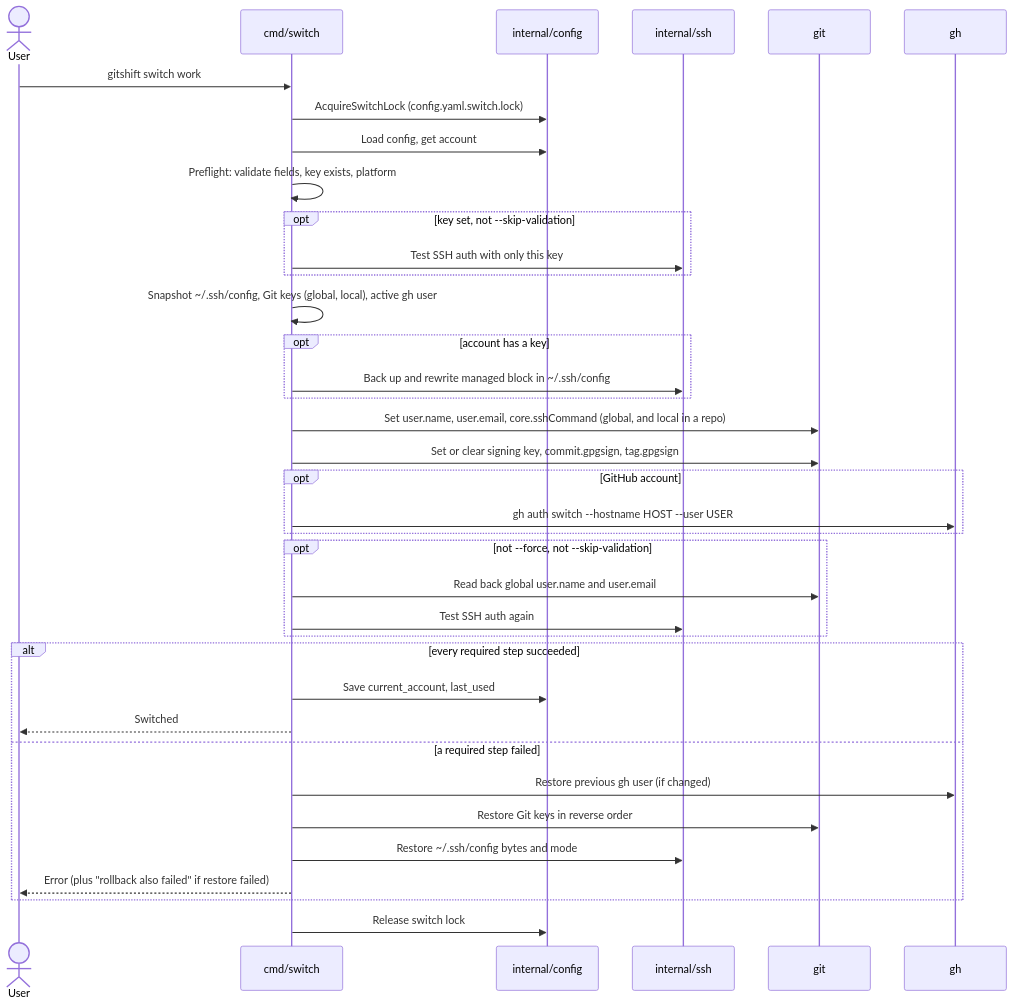
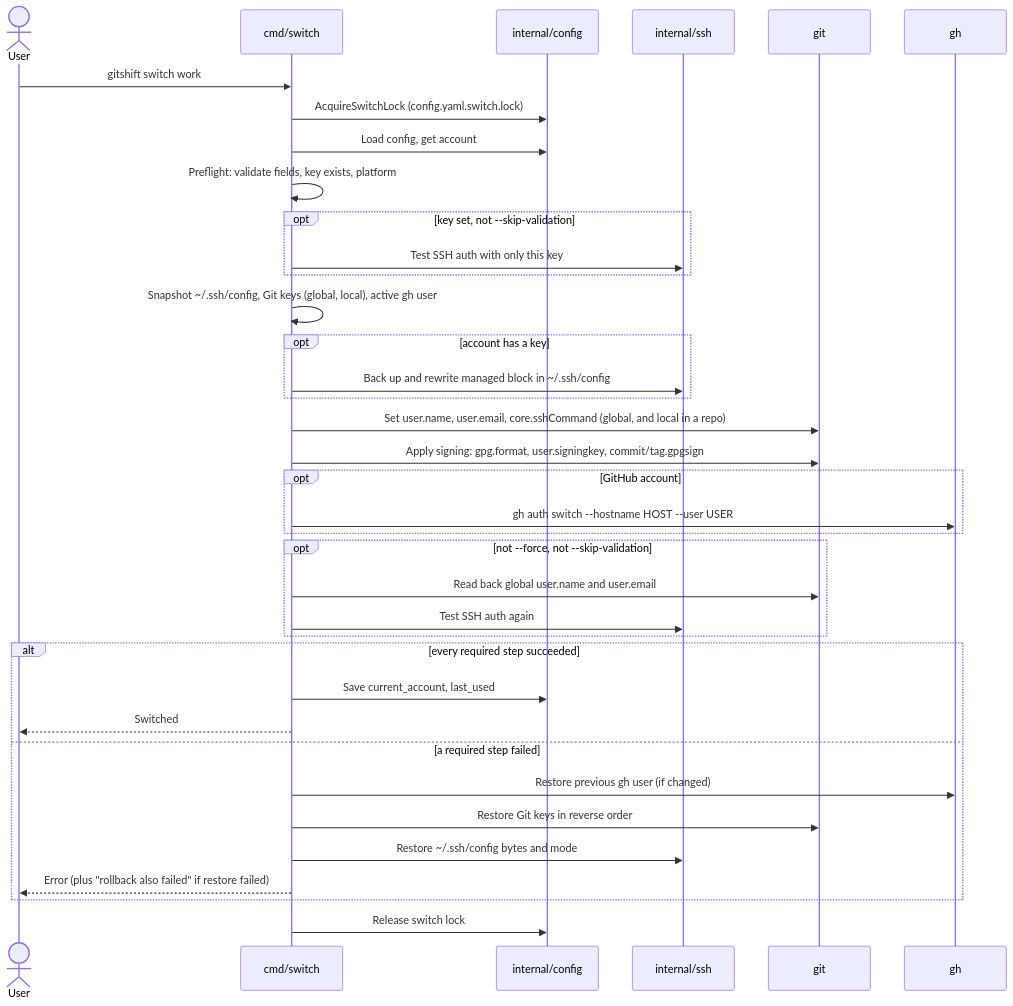
Before and after one commit to techishthoughts-org/gitshift: the second of 2 diagrams in docs/explanation/architecture.md, drawn with Mermaid. The commit also changed 9 other files, not shown here.

Commit message:
📝 docs: document SSH and GPG commit signing per account

````diff
--- a/docs/explanation/architecture.md
+++ b/docs/explanation/architecture.md
@@ -54,39 +54,39 @@
 ```mermaid
 sequenceDiagram
     actor U as User
     participant C as cmd/switch
     participant CFG as internal/config
     participant SSH as internal/ssh
     participant G as git
     participant GH as gh
     U->>C: gitshift switch work
     C->>CFG: AcquireSwitchLock (config.yaml.switch.lock)
     C->>CFG: Load config, get account
     C->>C: Preflight: validate fields, key exists, platform
     opt key set, not --skip-validation
         C->>SSH: Test SSH auth with only this key
     end
     C->>C: Snapshot ~/.ssh/config, Git keys (global, local), active gh user
     opt account has a key
         C->>SSH: Back up and rewrite managed block in ~/.ssh/config
     end
     C->>G: Set user.name, user.email, core.sshCommand (global, and local in a repo)
-    C->>G: Set or clear signing key, commit.gpgsign, tag.gpgsign
+    C->>G: Apply signing: gpg.format, user.signingkey, commit/tag.gpgsign
     opt GitHub account
         C->>GH: gh auth switch --hostname HOST --user USER
     end
     opt not --force, not --skip-validation
         C->>G: Read back global user.name and user.email
         C->>SSH: Test SSH auth again
     end
     alt every required step succeeded
         C->>CFG: Save current_account, last_used
         C-->>U: Switched
     else a required step failed
         C->>GH: Restore previous gh user (if changed)
         C->>G: Restore Git keys in reverse order
         C->>SSH: Restore ~/.ssh/config bytes and mode
         C-->>U: Error (plus "rollback also failed" if restore failed)
     end
     C->>CFG: Release switch lock
 ```
````
